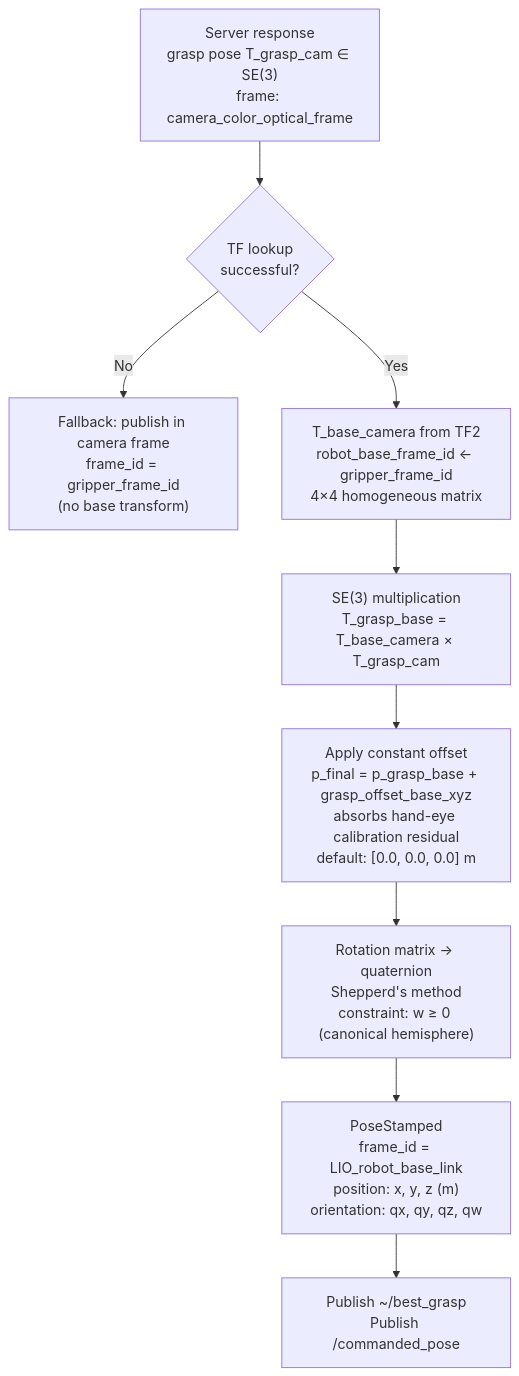
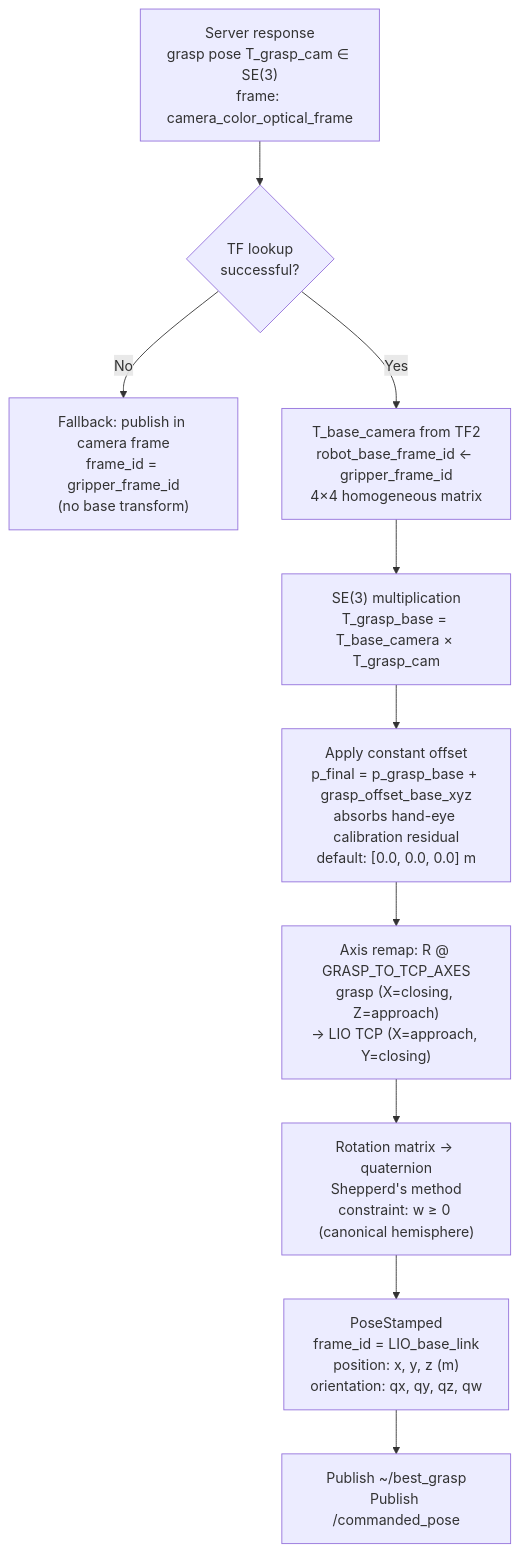
One commit to ZenWang00/Grasp-Pose-Generation changed the third of 8 diagrams in src/grasp_pose_client/doc/overview.md. Above: the diagram before and after it, drawn with Mermaid. The commit also changed other lines of this file and 3 other files, not shown here.

First line of the commit message:
Remap grasp axes to LIO TCP convention and never publish camera-frame poses

````diff
--- a/src/grasp_pose_client/doc/overview.md
+++ b/src/grasp_pose_client/doc/overview.md
@@ -119,18 +119,20 @@
 ```mermaid
 flowchart TD
   A["Server response\ngrasp pose T_grasp_cam ∈ SE(3)\nframe: camera_color_optical_frame"] --> B{TF lookup\nsuccessful?}
 
   B -- No --> C["Fallback: publish in camera frame\nframe_id = gripper_frame_id\n(no base transform)"]
 
   B -- Yes --> D["T_base_camera from TF2\nrobot_base_frame_id ← gripper_frame_id\n4×4 homogeneous matrix"]
 
   D --> E["SE(3) multiplication\nT_grasp_base = T_base_camera × T_grasp_cam"]
 
   E --> F["Apply constant offset\np_final = p_grasp_base + grasp_offset_base_xyz\nabsorbs hand-eye calibration residual\ndefault: [0.0, 0.0, 0.0] m"]
 
-  F --> G["Rotation matrix → quaternion\nShepperd's method\nconstraint: w ≥ 0 (canonical hemisphere)"]
+  F --> F2["Axis remap: R @ GRASP_TO_TCP_AXES\ngrasp (X=closing, Z=approach)\n→ LIO TCP (X=approach, Y=closing)"]
 
-  G --> H["PoseStamped\nframe_id = LIO_robot_base_link\nposition: x, y, z (m)\norientation: qx, qy, qz, qw"]
+  F2 --> G["Rotation matrix → quaternion\nShepperd's method\nconstraint: w ≥ 0 (canonical hemisphere)"]
+
+  G --> H["PoseStamped\nframe_id = LIO_base_link\nposition: x, y, z (m)\norientation: qx, qy, qz, qw"]
 
   H --> I["Publish ~/best_grasp\nPublish /commanded_pose"]
 ```
````
